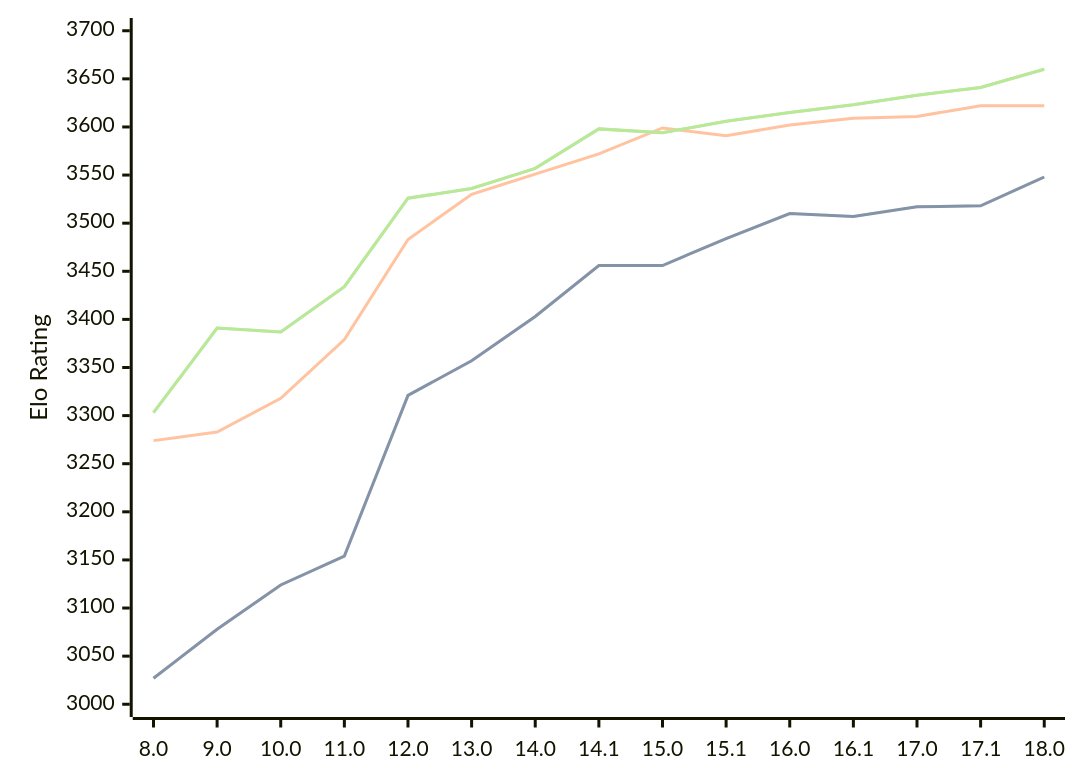
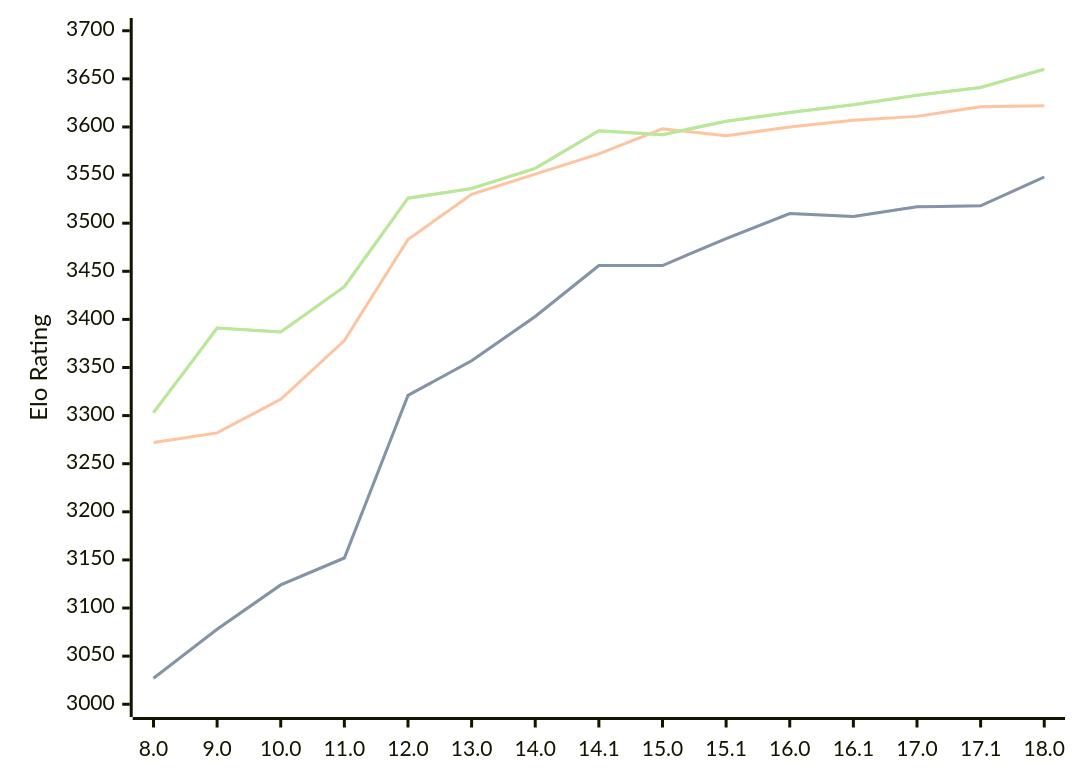
Before and after one commit to computer-chess-index/cci: the diagram in engines/Stockfish.md, drawn with Mermaid. The commit also changed other lines of this file, not shown here.

Commit message:
Update CCI Ratings (ELO VLTC) - 2026-03-16

````diff
--- a/engines/Stockfish.md
+++ b/engines/Stockfish.md
@@ -44,11 +44,11 @@
 ```mermaid
 %%{init: {"theme":"base","themeVariables":{"seriesColors:['#a3a3a3','#222221','#faa371']}}}%%
 xychart-beta
   x-axis ["8.0", "9.0", "10.0", "11.0", "12.0", "13.0", "14.0", "14.1", "15.0", "15.1", "16.0", "16.1", "17.0", "17.1", "18.0"]
   y-axis "Elo Rating" 3000 --> 3700
-  line "STC (8.0+0.08s)" [3027, 3078, 3124, 3154, 3321, 3357, 3403, 3456, 3456, 3484, 3510, 3507, 3517, 3518, 3548]
-  line "STC (8.0+0.08s)" [3027, 3078, 3124, 3154, 3321, 3357, 3403, 3456, 3456, 3484, 3510, 3507, 3517, 3518, 3548]
-  line "LTC (60.0+0.60s)" [3274, 3283, 3318, 3379, 3483, 3530, 3551, 3572, 3599, 3591, 3602, 3609, 3611, 3622, 3622]
-  line "VLTC (2m24s+1.12s)" [3303, 3391, 3387, 3434, 3526, 3536, 3557, 3598, 3594, 3606, 3615, 3623, 3633, 3641, 3660]
-  line "VLTC (2m24s+1.12s)" [3303, 3391, 3387, 3434, 3526, 3536, 3557, 3598, 3594, 3606, 3615, 3623, 3633, 3641, 3660]
+  line "STC (8.0+0.08s)" [3027, 3078, 3124, 3152, 3321, 3357, 3403, 3456, 3456, 3484, 3510, 3507, 3517, 3518, 3548]
+  line "STC (8.0+0.08s)" [3027, 3078, 3124, 3152, 3321, 3357, 3403, 3456, 3456, 3484, 3510, 3507, 3517, 3518, 3548]
+  line "LTC (60.0+0.60s)" [3272, 3282, 3317, 3378, 3483, 3530, 3551, 3572, 3598, 3591, 3600, 3607, 3611, 3621, 3622]
+  line "VLTC (2m24s+1.12s)" [3303, 3391, 3387, 3434, 3526, 3536, 3557, 3596, 3592, 3606, 3615, 3623, 3633, 3641, 3660]
+  line "VLTC (2m24s+1.12s)" [3303, 3391, 3387, 3434, 3526, 3536, 3557, 3596, 3592, 3606, 3615, 3623, 3633, 3641, 3660]
 ```
````
